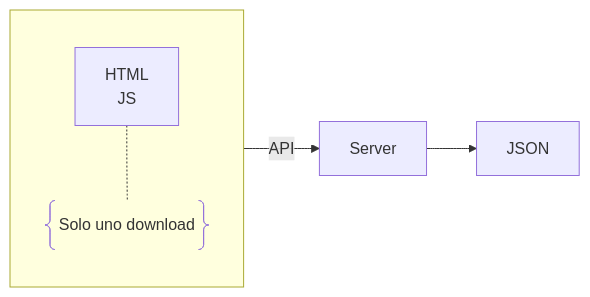
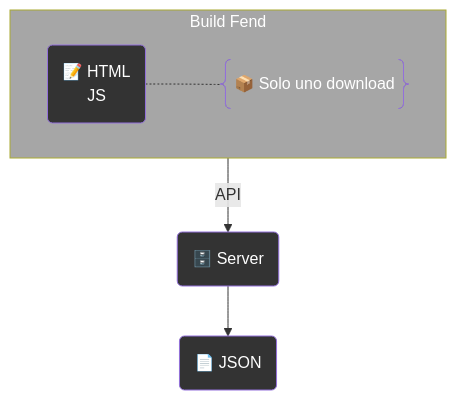
The eighth of 12 diagrams in content/articles/capitulo-1.md (AlexJYad/F5-web-knowledge), drawn with Mermaid before and after one commit. The commit also changed other lines of this file, not shown here.

````diff
--- a/content/articles/capitulo-1.md
+++ b/content/articles/capitulo-1.md
@@ -308,7 +365,18 @@
 ```mermaid
-flowchart LR
-   subgraph Build [ ]
-      HTMLJS["HTML<br>JS"] <-.- WB@{ shape: "braces", label: "Solo uno download"}
+flowchart TD
+   B(📝 HTML<br>JS)
+   C@{label: "📦 Solo uno download", shape: braces}
+   D(🗄️ Server)
+   E(📄 JSON)
+
+   subgraph Aa[Build Fend]
+      B <-.- C
    end
-   Build --> |API| Ser[Server] --> JSON
+
+   Aa --> |API| D
+   D --> E
+
+   classDef styleNods color:#FFFFFF, fill:#333333
+   class A,B,C,D,E,F,G styleNods
+   style Aa color:#FFFFFF,fill:#A6A6A6
 ```
````
